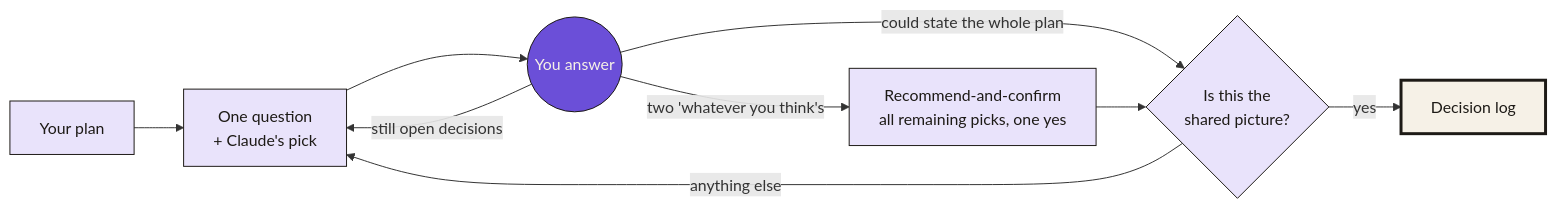
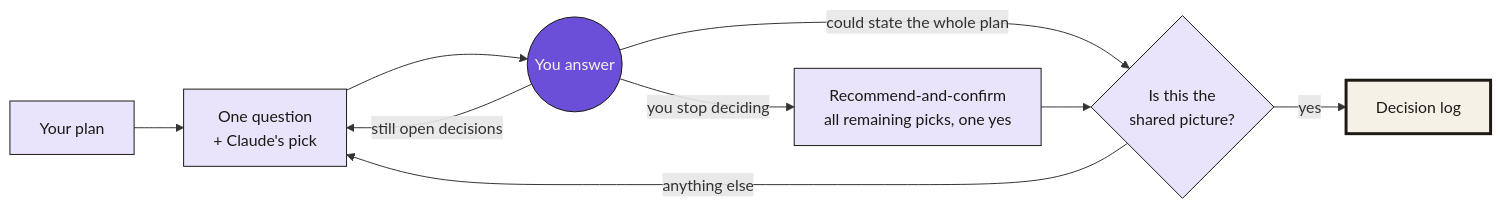
One commit to Theycallmeholla/skills changed the diagram in skills/hot-seat/README.md. Above: the diagram before and after it, drawn with Mermaid. The commit also changed other lines of this file and 15 other files, not shown here.

````diff
--- a/skills/hot-seat/README.md
+++ b/skills/hot-seat/README.md
@@ -32,18 +32,18 @@
 ```mermaid
 flowchart LR
     P["Your plan"] --> Q["One question<br/>+ Claude's pick"]
     Q --> A(("You answer"))
     A -->|still open decisions| Q
-    A -->|"two 'whatever you think's"| R["Recommend-and-confirm<br/>all remaining picks, one yes"]
+    A -->|you stop deciding| R["Recommend-and-confirm<br/>all remaining picks, one yes"]
     A -->|could state the whole plan| T{"Is this the<br/>shared picture?"}
     R --> T
     T -->|yes| L["Decision log"]
     T -->|anything else| Q
 
     classDef step fill:#E9E3FB,stroke:#1D1A16,color:#1D1A16
     classDef you fill:#6B4FD8,stroke:#1D1A16,color:#F6F1E7
     classDef out fill:#F6F1E7,stroke:#1D1A16,color:#1D1A16,stroke-width:3px
     class P,Q,R,T step
     class A you
     class L out
 ```
````
